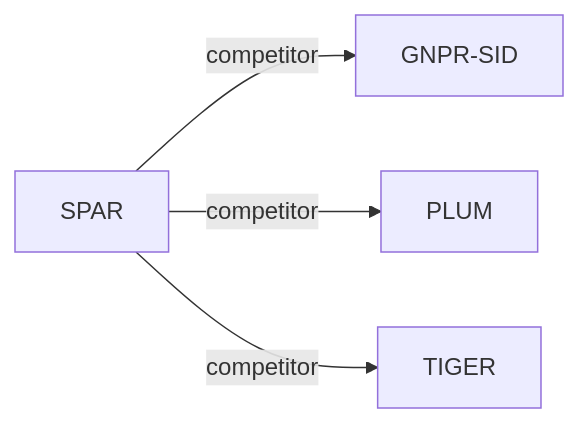
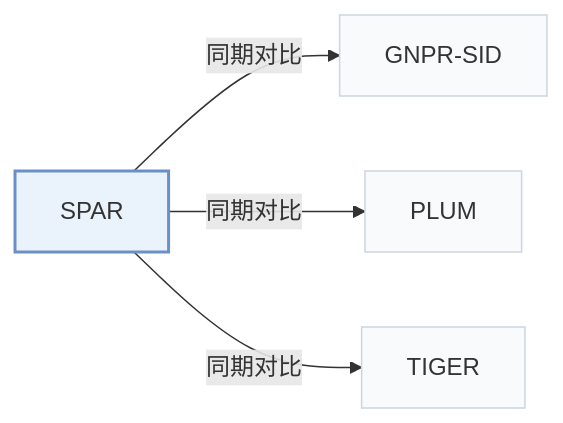
Before and after one commit to Galaxy-ghost/Awesome-SID-Generative-Rec: the second of 2 diagrams in pages/zh/papers/spar.md, drawn with Mermaid. The commit also changed other lines of this file and 649 other files, not shown here.

Commit message:
writer-05: also tags and modality index (schema, check, build, visuals); summary field removed; calibration data for 12 papers

````diff
--- a/pages/zh/papers/spar.md
+++ b/pages/zh/papers/spar.md
@@ -69,7 +73,11 @@
 ```mermaid
 flowchart LR
     P["SPAR"]
-    P -->|competitor| A["GNPR-SID"]
-    P -->|competitor| B["PLUM"]
-    P -->|competitor| C["TIGER"]
+    P -->|"同期对比"| A["GNPR-SID"]
+    P -->|"同期对比"| B["PLUM"]
+    P -->|"同期对比"| C["TIGER"]
+    classDef main fill:#eaf2fb,stroke:#6b8fc7,stroke-width:2px
+    classDef peer fill:#f8fafc,stroke:#cbd5e1
+    class P main
+    class A,B,C peer
 ```
````
